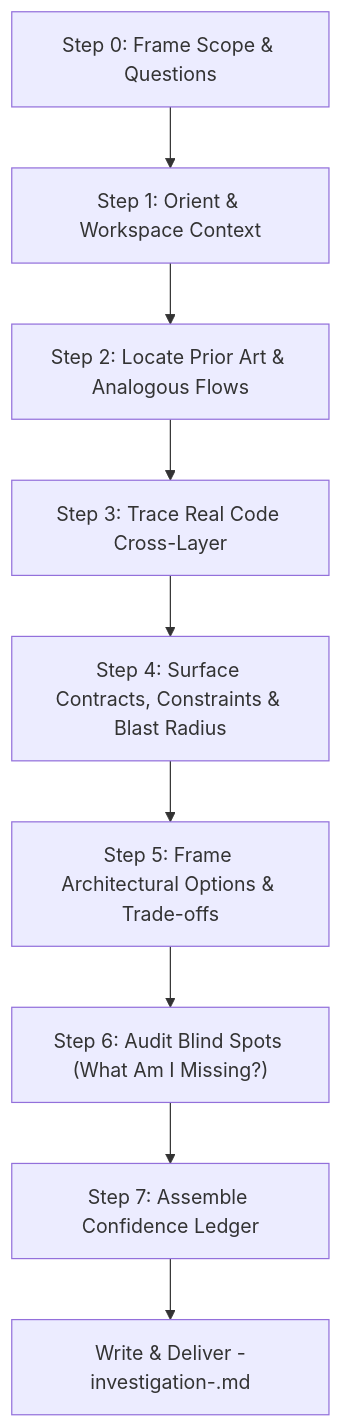
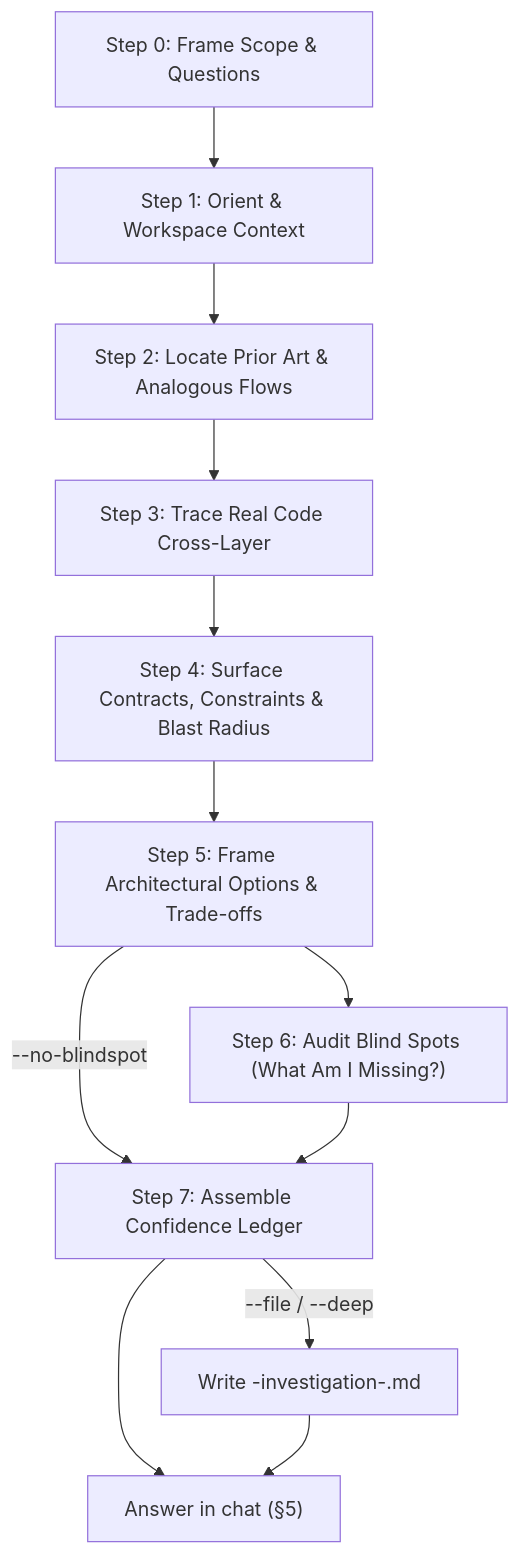
One commit to snuffish/dotfiles changed the diagram in skills/investigate/SKILL.md. Above: the diagram before and after it, drawn with Mermaid. The commit also changed other lines of this file, not shown here.

First line of the commit message:
feat(skills): answer /investigate in chat by default, artifact on --file

````diff
--- a/skills/investigate/SKILL.md
+++ b/skills/investigate/SKILL.md
@@ -94,11 +115,14 @@
 ```mermaid
 flowchart TD
     S0["Step 0: Frame Scope & Questions"] --> S1["Step 1: Orient & Workspace Context"]
     S1 --> S2["Step 2: Locate Prior Art & Analogous Flows"]
     S2 --> S3["Step 3: Trace Real Code Cross-Layer"]
     S3 --> S4["Step 4: Surface Contracts, Constraints & Blast Radius"]
     S4 --> S5["Step 5: Frame Architectural Options & Trade-offs"]
     S5 --> S6["Step 6: Audit Blind Spots (What Am I Missing?)"]
-    S6 --> S7["Step 7: Assemble Confidence Ledger"]
-    S7 --> Art["Write & Deliver <prefix>-investigation-<suffix>.md"]
+    S5 -->|"--no-blindspot"| S7["Step 7: Assemble Confidence Ledger"]
+    S6 --> S7
+    S7 -->|"--file / --deep"| Art["Write <prefix>-investigation-<suffix>.md"]
+    S7 --> Chat["Answer in chat (§5)"]
+    Art --> Chat
 ```
````
